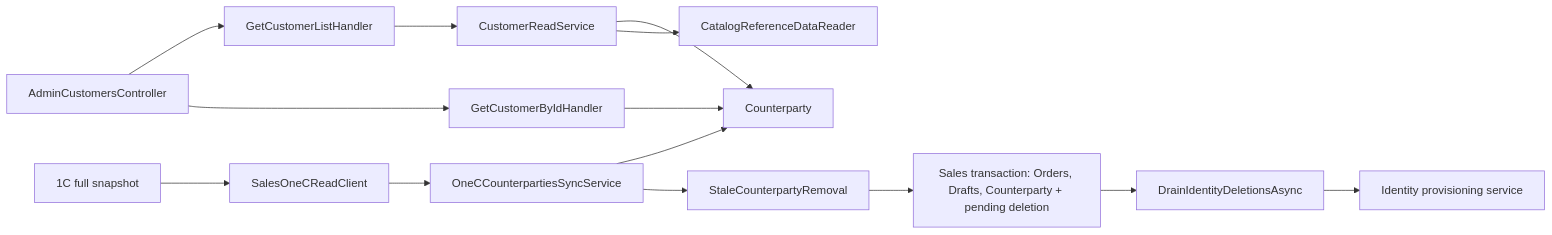
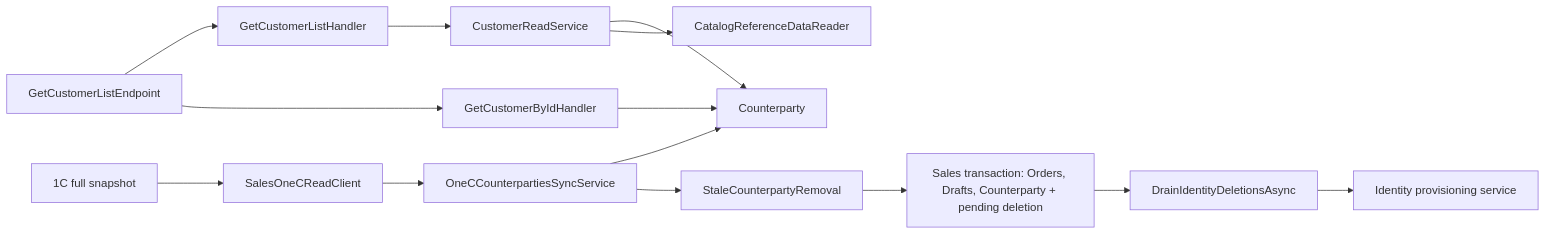
The diagram in docs/sdd/features/sales/customers.md (Weretik/KedrStore), drawn with Mermaid before and after one commit. The commit also changed other lines of this file and 81 other files, not shown here.

````diff
--- a/docs/sdd/features/sales/customers.md
+++ b/docs/sdd/features/sales/customers.md
@@ -45,16 +45,16 @@
 ```mermaid
 flowchart LR
-    A["AdminCustomersController"] --> B["GetCustomerListHandler"]
+    A["GetCustomerListEndpoint"] --> B["GetCustomerListHandler"]
     A --> C["GetCustomerByIdHandler"]
     B --> G["CustomerReadService"]
     G --> D["Counterparty"]
     C --> D
     E["1C full snapshot"] --> F["SalesOneCReadClient"]
     F --> I["OneCCounterpartiesSyncService"]
     I --> D
     I --> J["StaleCounterpartyRemoval"]
     J --> K["Sales transaction: Orders, Drafts, Counterparty + pending deletion"]
     K --> L["DrainIdentityDeletionsAsync"]
     L --> M["Identity provisioning service"]
     G --> H["CatalogReferenceDataReader"]
 ```
````
